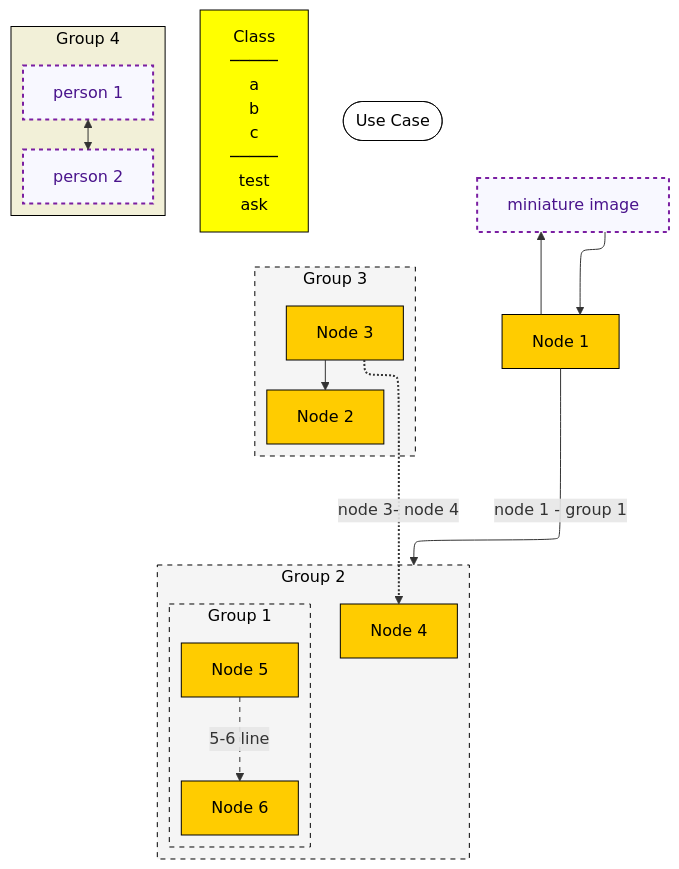
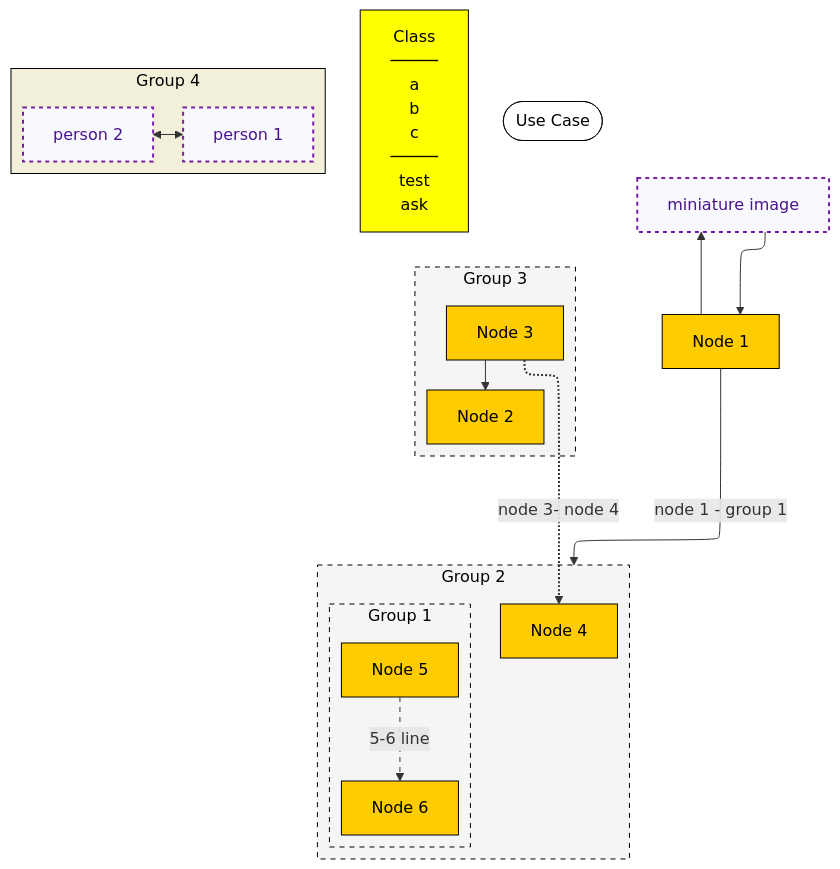
The diagram in example/example.mmd (d-led/yed2mermaid), drawn with Mermaid before and after one commit. The commit also changed 18 other files, not shown here.

```diff
--- a/example/example.mmd
+++ b/example/example.mmd
@@ -1,52 +1,53 @@
 ---
 config:
   layout: elk
 ---
 flowchart TD
   n0["Node 1"]
   subgraph n1["Group 2"]
     n1_n0["Node 4"]
     subgraph n1_n1["Group 1"]
       n1_n1_n0["Node 5"]
       n1_n1_n1["Node 6"]
       n1_n1_n0 -. "5-6 line" .-> n1_n1_n1
     end
   end
   subgraph n2["Group 3"]
     n2_n0["Node 2"]
     n2_n1["Node 3"]
     n2_n1 --> n2_n0
   end
   subgraph n3["Group 4"]
+    direction RL
     %% yed2mermaid: y:SVGNode is not mapped (node n3::n0)
     n3_n0["person 1"]
     %% yed2mermaid: y:SVGNode is not mapped (node n3::n1)
     n3_n1["person 2"]
     n3_n0 <--> n3_n1
   end
   %% yed2mermaid: y:UMLClassNode is drawn as rectangle (node n4)
   n4["Class<br/>─────<br/>a<br/>b<br/>c<br/>─────<br/>test<br/>ask"]
   n5(["Use Case"])
   %% yed2mermaid: y:ImageNode is not mapped (node n6)
   n6["miniature image"]
   n0 -- "node 1 - group 1" --> n1
   n2_n1 -. "node 3- node 4" .-> n1_n0
   n6 --> n0
   n0 --> n6
 style n0 fill:#FFCC00,stroke:#000000,stroke-width:1px,color:#000000
 style n1_n0 fill:#FFCC00,stroke:#000000,stroke-width:1px,color:#000000
 style n1_n1_n0 fill:#FFCC00,stroke:#000000,stroke-width:1px,color:#000000
 style n1_n1_n1 fill:#FFCC00,stroke:#000000,stroke-width:1px,color:#000000
 style n1_n1 fill:#F5F5F5,stroke:#000000,stroke-width:1px,stroke-dasharray:5 5,color:#000000
 style n1 fill:#F5F5F5,stroke:#000000,stroke-width:1px,stroke-dasharray:5 5,color:#000000
 style n2_n0 fill:#FFCC00,stroke:#000000,stroke-width:1px,color:#000000
 style n2_n1 fill:#FFCC00,stroke:#000000,stroke-width:1px,color:#000000
 style n2 fill:#F5F5F5,stroke:#000000,stroke-width:1px,stroke-dasharray:5 5,color:#000000
 style n3_n0 fill:#F8F8FF,stroke:#7B1FA2,stroke-width:2px,stroke-dasharray:4 4,color:#4A148C
 style n3_n1 fill:#F8F8FF,stroke:#7B1FA2,stroke-width:2px,stroke-dasharray:4 4,color:#4A148C
 style n3 fill:#F2F0D8,stroke:#000000,stroke-width:1px,color:#000000
 style n4 fill:#FFFF00,stroke:#000000,stroke-width:1px,color:#000000
 style n5 fill:none,stroke:#000000,stroke-width:1px,color:#000000
 style n6 fill:#F8F8FF,stroke:#7B1FA2,stroke-width:2px,stroke-dasharray:4 4,color:#4A148C
 linkStyle 0 stroke-dasharray:5 5
 linkStyle 4 stroke-width:2px,stroke-dasharray:2 2
```
